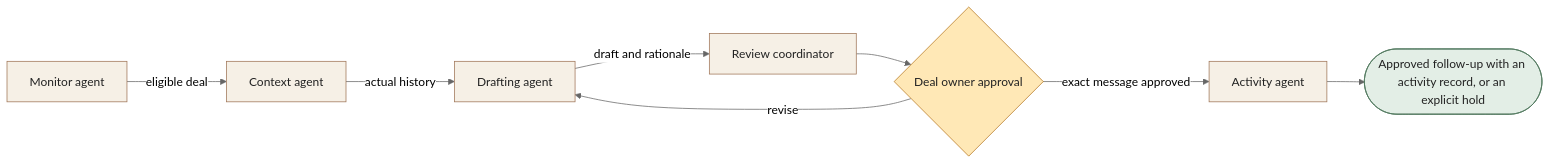
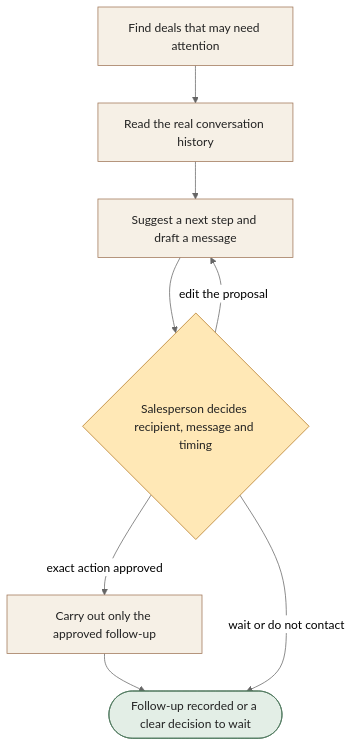
The diagram in docs/workflows/lead-nurture.md (dextee/claude-code-agent-team-guide), drawn with Mermaid (neutral theme) before and after one commit. The commit also changed other lines of this file and 28 other files, not shown here.

````diff
--- a/docs/workflows/lead-nurture.md
+++ b/docs/workflows/lead-nurture.md
@@ -21,23 +25,22 @@
 ```mermaid
-flowchart LR
-A["Monitor agent"]
-B["Context agent"]
-C["Drafting agent"]
-D["Review coordinator"]
-E["Activity agent"]
-H{"Deal owner approval"}
-O(["Approved follow-up with an activity record, or an explicit hold"])
-A -->|eligible deal| B
-B -->|actual history| C
-C -->|draft and rationale| D
-D --> H
-H -->|revise| C
-H -->|exact message approved| E
-E --> O
-classDef agent fill:#f6f0e6,stroke:#9f7557,color:#222222
+flowchart TD
+A["Find deals that may need attention"]
+B["Read the real conversation history"]
+C["Suggest a next step and draft a message"]
+H{"Salesperson decides recipient, message and timing"}
+D["Carry out only the approved follow-up"]
+O(["Follow-up recorded or a clear decision to wait"])
+A --> B
+B --> C
+C --> H
+H -->|edit the proposal| C
+H -->|exact action approved| D
+D --> O
+H -->|wait or do not contact| O
+classDef assistant fill:#f6f0e6,stroke:#9f7557,color:#222222
 classDef human fill:#ffe8b6,stroke:#b57821,color:#222222
 classDef outcome fill:#e3eee6,stroke:#4e775c,color:#222222
-class A,B,C,D,E agent
+class A,B,C,D assistant
 class H human
 class O outcome
 ```
````
